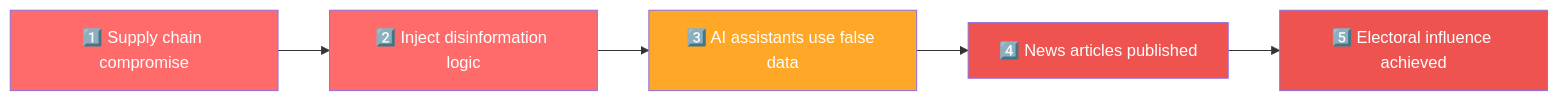
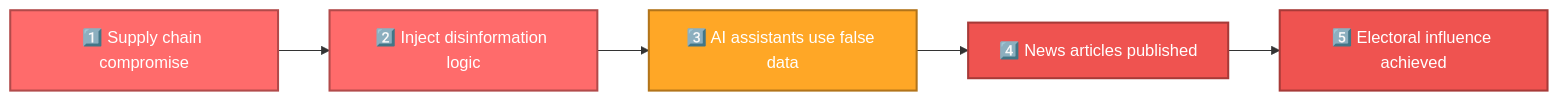
One commit to Hack23/European-Parliament-MCP-Server changed the eighth of 21 diagrams in THREAT_MODEL.md. Above: the diagram before and after it, drawn with Mermaid. The commit also changed other lines of this file and 17 other files, not shown here.

````diff
--- a/THREAT_MODEL.md
+++ b/THREAT_MODEL.md
@@ -877,18 +917,23 @@
 ```mermaid
 graph LR
     A[1️⃣ Supply chain compromise] --> B[2️⃣ Inject disinformation logic]
     B --> C[3️⃣ AI assistants use false data]
     C --> D[4️⃣ News articles published]
     D --> E[5️⃣ Electoral influence achieved]
     
-    style A fill:#ff6b6b,color:#ffffff
+    style A fill:#ff6b6b,stroke:#b24a4a,stroke-width:2px,color:#ffffff
 
-    style B fill:#ff6b6b,color:#ffffff
 
-    style C fill:#ffa726,color:#ffffff
+    style B fill:#ff6b6b,stroke:#b24a4a,stroke-width:2px,color:#ffffff
 
-    style D fill:#ef5350,color:#ffffff
 
-    style E fill:#ef5350,color:#ffffff
+    style C fill:#ffa726,stroke:#b2741a,stroke-width:2px,color:#ffffff
+
+
+    style D fill:#ef5350,stroke:#a73a38,stroke-width:2px,color:#ffffff
+
+
+    style E fill:#ef5350,stroke:#a73a38,stroke-width:2px,color:#ffffff
+
 
 ```
````
